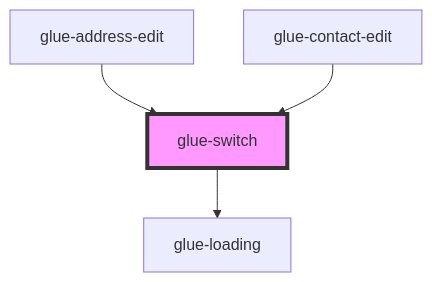
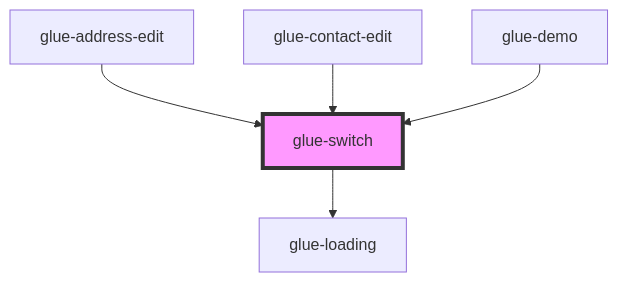
Before and after one commit to grasilife/glue: the diagram in packages/glue-components/src/components/glue-switch/readme.md, drawn with Mermaid. The commit also changed other lines of this file and 24 other files, not shown here.

````diff
--- a/packages/glue-components/src/components/glue-switch/readme.md
+++ b/packages/glue-components/src/components/glue-switch/readme.md
@@ -41,7 +42,8 @@
 ```mermaid
 graph TD;
   glue-switch --> glue-loading
   glue-address-edit --> glue-switch
   glue-contact-edit --> glue-switch
+  glue-demo --> glue-switch
   style glue-switch fill:#f9f,stroke:#333,stroke-width:4px
 ```
````
